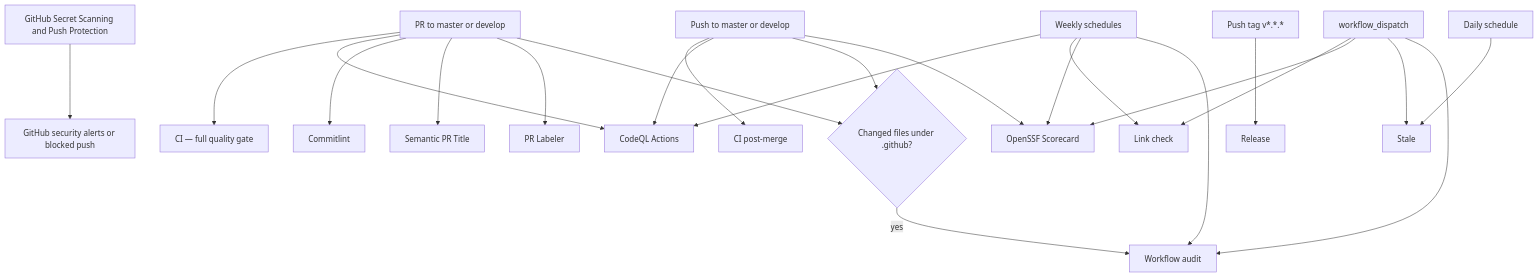
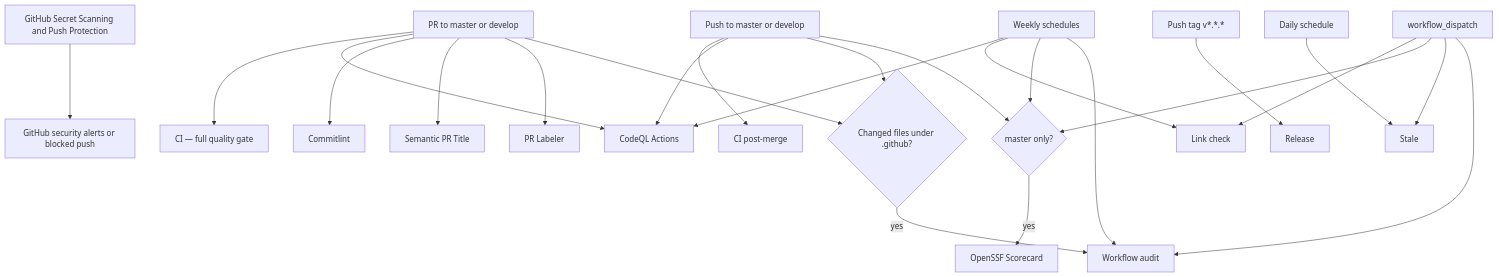
The first of 2 diagrams in WORKFLOWS.md (jooservices/server-installer), drawn with Mermaid before and after one commit. The commit also changed other lines of this file and 28 other files, not shown here.

````diff
--- a/WORKFLOWS.md
+++ b/WORKFLOWS.md
@@ -9,31 +10,32 @@
 ```mermaid
 flowchart TD
     native[GitHub Secret Scanning and Push Protection] --> Alerts[GitHub security alerts or blocked push]
 
     pr[PR to master or develop] --> CI[CI — full quality gate]
     pr --> CodeQL[CodeQL Actions]
     pr --> Commitlint[Commitlint]
     pr --> Semantic[Semantic PR Title]
     pr --> PathLabel[PR Labeler]
     pr --> Audit{Changed files under .github?}
     Audit -->|yes| WorkflowAudit[Workflow audit]
 
     push[Push to master or develop] --> PostMerge[CI post-merge]
     push --> CodeQL
     push --> Audit
-    push --> Scorecard[OpenSSF Scorecard]
+    push --> Scorecard{master only?}
+    Scorecard -->|yes| ScorecardRun[OpenSSF Scorecard]
 
     tag[Push tag v*.*.*] --> Release[Release]
 
     weekly[Weekly schedules] --> CodeQL
     weekly --> LinkCheck[Link check]
     weekly --> Scorecard
     weekly --> WorkflowAudit
 
     daily[Daily schedule] --> Stale[Stale]
 
     manual[workflow_dispatch] --> LinkCheck
     manual --> Scorecard
     manual --> Stale
     manual --> WorkflowAudit
 ```
````
